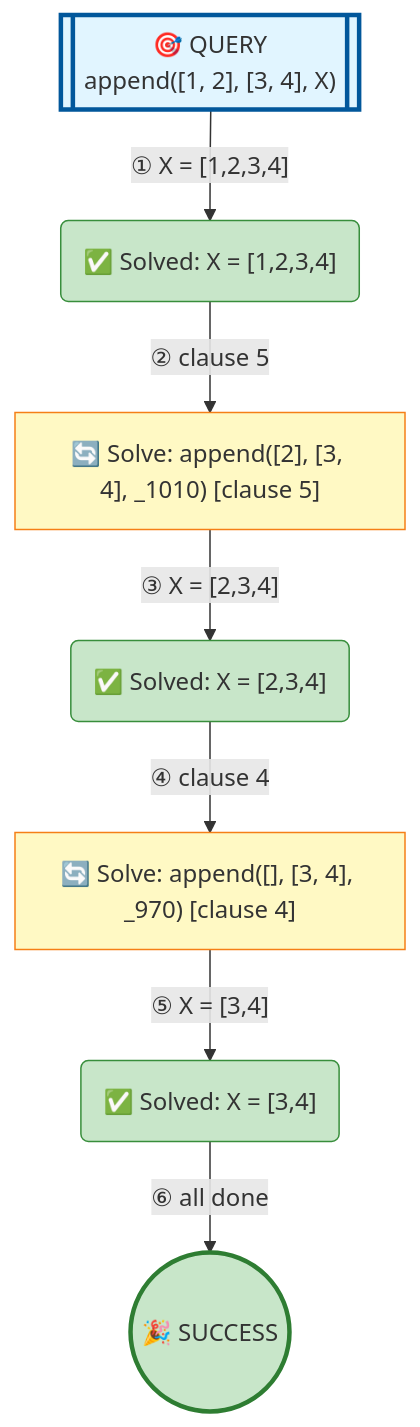
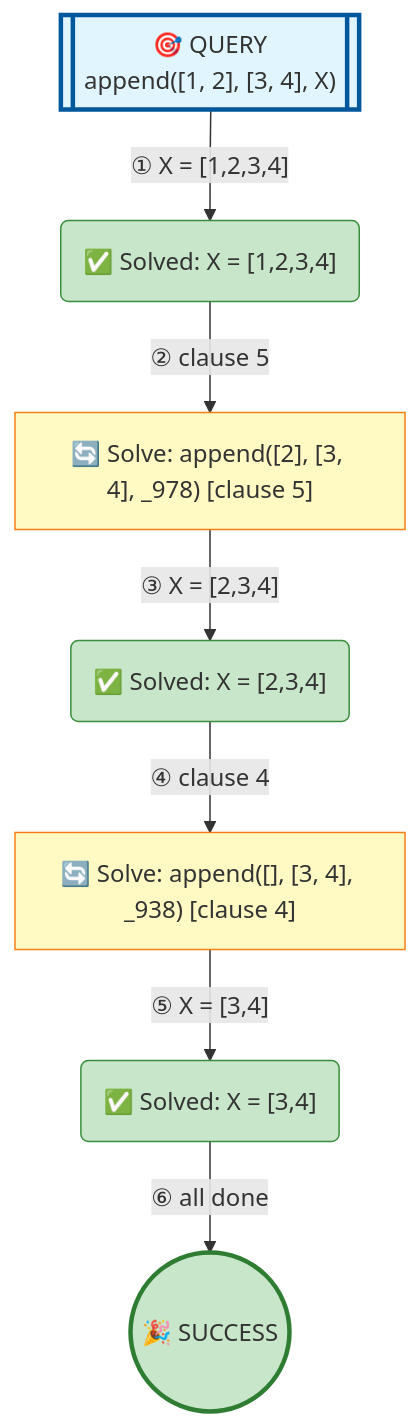
The diagram in examples/append-minimal.md (jarecsni/prolog-trace-viz), drawn with Mermaid before and after one commit. The commit also changed other lines of this file and 17 other files, not shown here.

````diff
--- a/examples/append-minimal.md
+++ b/examples/append-minimal.md
@@ -18,29 +18,29 @@
 ```mermaid
 graph TD
 
 %% Nodes
 A[["🎯 QUERY<br/>append([1, 2], [3, 4], X)"]]
 B("✅ Solved: X = [1,2,3,4]")
-C["🔄 Solve: append([2], [3, 4], _1010) [clause 5]"]
+C["🔄 Solve: append([2], [3, 4], _978) [clause 5]"]
 D("✅ Solved: X = [2,3,4]")
-E["🔄 Solve: append([], [3, 4], _970) [clause 4]"]
+E["🔄 Solve: append([], [3, 4], _938) [clause 4]"]
 F("✅ Solved: X = [3,4]")
 G(("🎉 SUCCESS"))
 
 %% Edges
 A -->|"① X = [1,2,3,4]"| B
 B -->|"② clause 5"| C
 C -->|"③ X = [2,3,4]"| D
 D -->|"④ clause 4"| E
 E -->|"⑤ X = [3,4]"| F
 F -->|"⑥ all done"| G
 
 %% Styles
 style A fill:#e1f5ff,stroke:#01579b,stroke-width:3px
 style B fill:#c8e6c9,stroke:#388e3c
 style C fill:#fff9c4,stroke:#f57f17
 style D fill:#c8e6c9,stroke:#388e3c
 style E fill:#fff9c4,stroke:#f57f17
 style F fill:#c8e6c9,stroke:#388e3c
 style G fill:#c8e6c9,stroke:#2e7d32,stroke-width:3px
 ```
````
